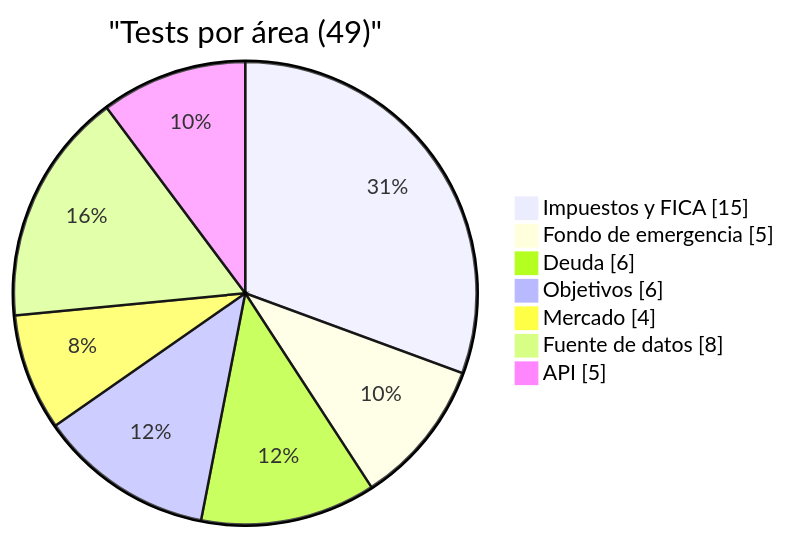
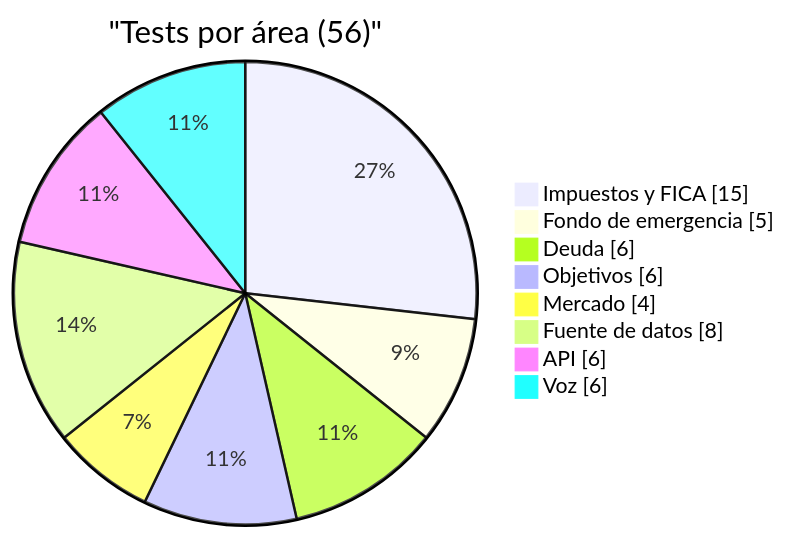
Before and after one commit to xavier-ventura/SHERPY: diagram 11 of 12 in README.md, drawn with Mermaid. The commit also changed other lines of this file, not shown here.

Commit message:
README: endpoint de voz para ElevenLabs

````diff
--- a/README.md
+++ b/README.md
@@ -421,11 +451,12 @@
 ```mermaid
 pie showData
-    title "Tests por área (49)"
+    title "Tests por área (56)"
     "Impuestos y FICA" : 15
     "Fondo de emergencia" : 5
     "Deuda" : 6
     "Objetivos" : 6
     "Mercado" : 4
     "Fuente de datos" : 8
-    "API" : 5
+    "API" : 6
+    "Voz" : 6
 ```
````
